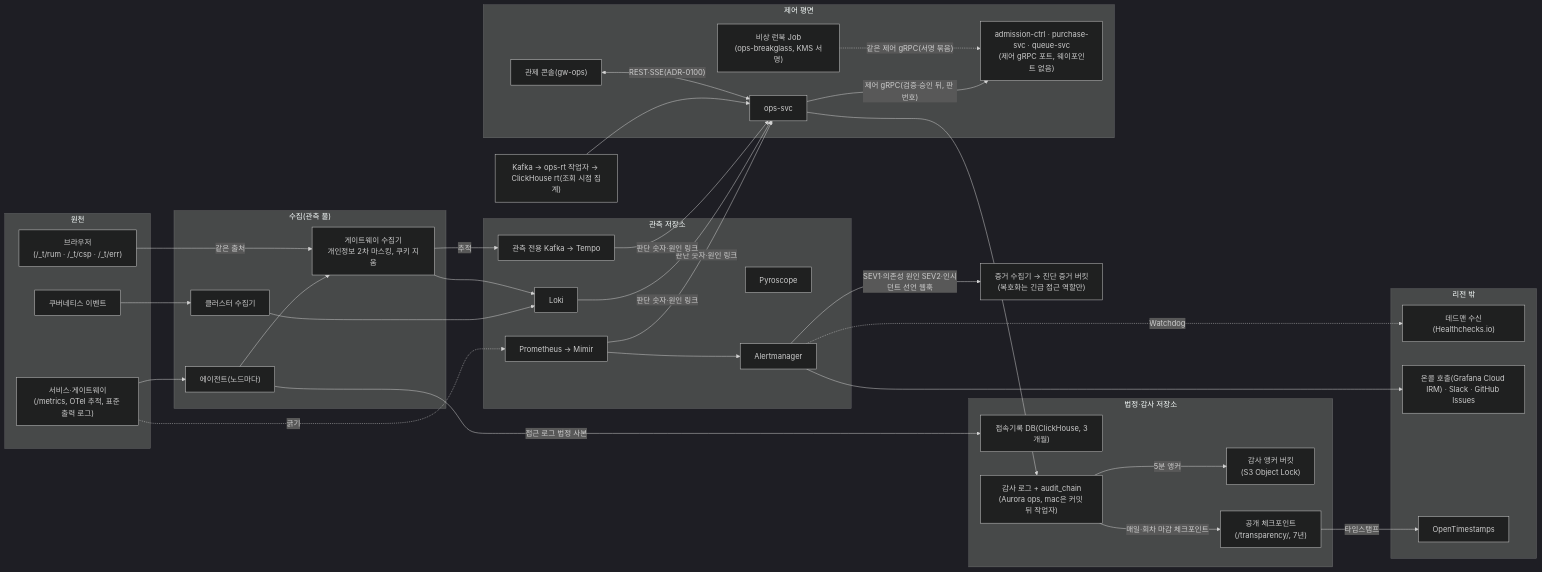
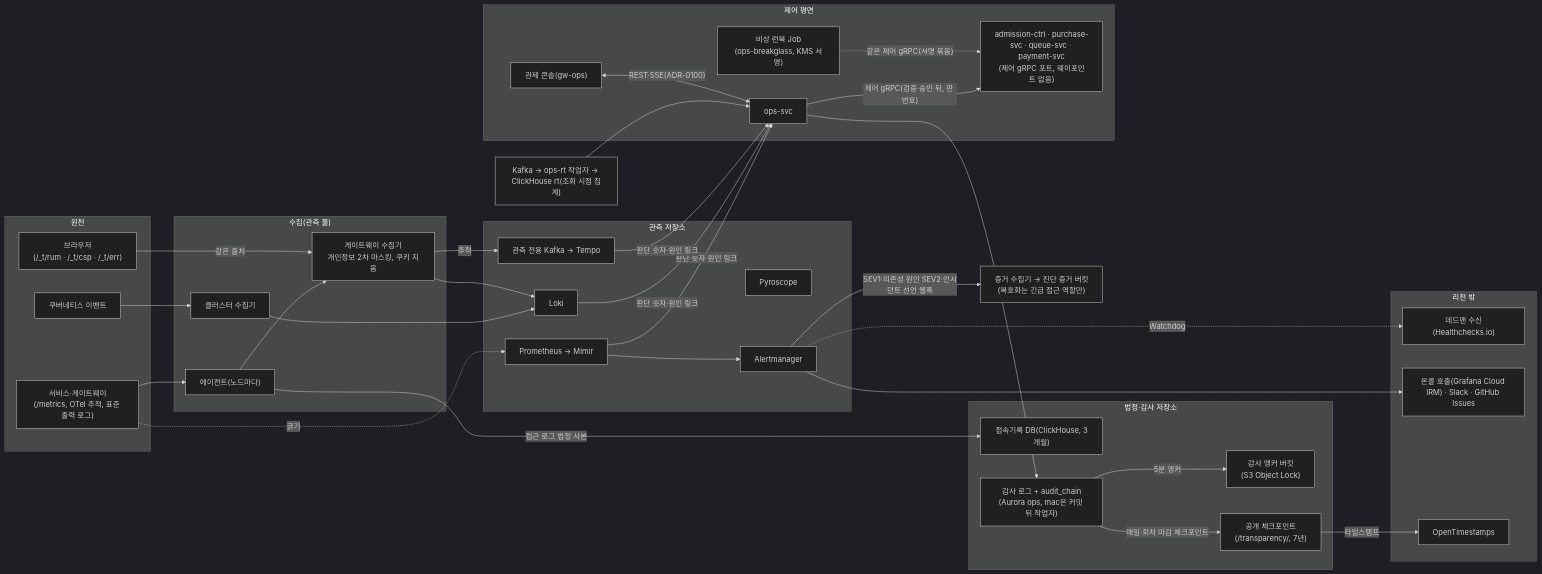
One commit to peaket/peaket changed the fifth of 5 diagrams in docs/infra-handover.md. Above: the diagram before and after it, drawn with Mermaid (dark theme). The commit also changed other lines of this file and 101 other files, not shown here.

````diff
--- a/docs/infra-handover.md
+++ b/docs/infra-handover.md
@@ -213,38 +276,38 @@
 ```mermaid
 flowchart LR
     subgraph SRCS["원천"]
         SV["서비스·게이트웨이<br/>(/metrics, OTel 추적, 표준 출력 로그)"]; BR["브라우저<br/>(/_t/rum · /_t/csp · /_t/err)"]; K8["쿠버네티스 이벤트"]
     end
     subgraph COLLS["수집(관측 풀)"]
         AG["에이전트(노드마다)"]; GC["게이트웨이 수집기<br/>개인정보 2차 마스킹, 쿠키 지움"]; CC["클러스터 수집기"]
     end
     subgraph STORES["관측 저장소"]
         PR["Prometheus → Mimir"]; LK["Loki"]; OK["관측 전용 Kafka → Tempo"]; PY["Pyroscope"]; AM["Alertmanager"]
     end
     subgraph LEGAL["법정·감사 저장소"]
         ACC["접속기록 DB(ClickHouse, 3개월)"]; AUD["감사 로그 + audit_chain<br/>(Aurora ops, mac은 커밋 뒤 작업자)"]; ANC["감사 앵커 버킷<br/>(S3 Object Lock)"]; PUB["공개 체크포인트<br/>(/transparency/, 7년)"]
     end
     subgraph CTRLS["제어 평면"]
-        OPS["ops-svc"]; UI["관제 콘솔(gw-ops)"]; JOB["비상 런북 Job<br/>(ops-breakglass, KMS 서명)"]; CTL["admission-ctrl · purchase-svc · queue-svc<br/>(제어 gRPC 포트, 웨이포인트 없음)"]
+        OPS["ops-svc"]; UI["관제 콘솔(gw-ops)"]; JOB["비상 런북 Job<br/>(ops-breakglass, KMS 서명)"]; CTL["admission-ctrl · purchase-svc · queue-svc · payment-svc<br/>(제어 gRPC 포트, 웨이포인트 없음)"]
     end
     subgraph EXTS["리전 밖"]
         HC["데드맨 수신(Healthchecks.io)"]; IRM["온콜 호출(Grafana Cloud IRM) · Slack · GitHub Issues"]; OTS["OpenTimestamps"]
     end
     SV --> AG --> GC
     BR -->|"같은 출처"| GC
     K8 --> CC --> LK
     AG -->|"접근 로그 법정 사본"| ACC
     GC --> LK
     GC -->|"추적"| OK
     SV -.긁기.-> PR
     PR --> AM --> IRM
     AM -.Watchdog.-> HC
     PR & LK & OK -->|"판단 숫자·원인 링크"| OPS
     RTT["Kafka → ops-rt 작업자 → ClickHouse rt(조회 시점 집계)"] --> OPS
     UI <-->|"REST·SSE(ADR-0100)"| OPS
     OPS -->|"제어 gRPC(검증·승인 뒤, 판 번호)"| CTL
     JOB -.->|"같은 제어 gRPC(서명 묶음)"| CTL
     OPS --> AUD -->|"5분 앵커"| ANC
     AUD -->|"매일·회차 마감 체크포인트"| PUB -->|"타임스탬프"| OTS
     AM -->|"SEV1·의존성 원인 SEV2·인시던트 선언 웹훅"| EVD["증거 수집기 → 진단 증거 버킷<br/>(복호화는 긴급 접근 역할만)"]
 ```
````
